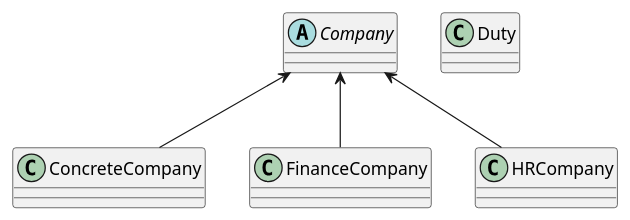
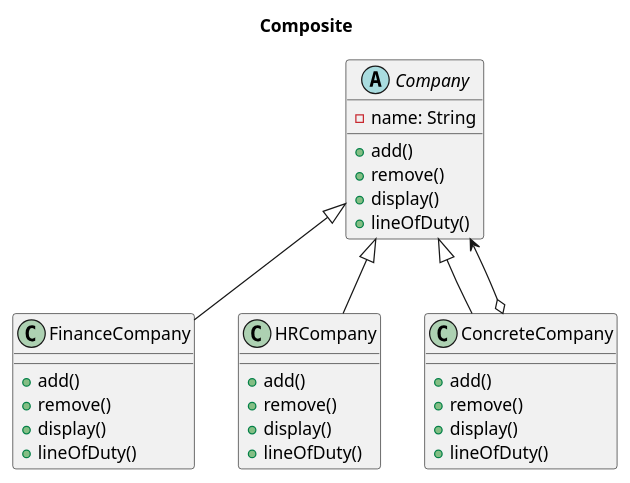
Before and after one commit to ToryZhou/design-pattern: the diagram in src/main/java/com/job/designpattern/composite/CompositeUml.puml, drawn with PlantUML. The commit also changed 1 other file, not shown here.

Commit message:
Edit composite uml

```diff
--- a/src/main/java/com/job/designpattern/composite/CompositeUml.puml
+++ b/src/main/java/com/job/designpattern/composite/CompositeUml.puml
@@ -1,14 +1,36 @@
 @startuml
 
-abstract class Company
-class ConcreteCompany
-class Duty
-class FinanceCompany
-class HRCompany
+title Composite
 
-Company <-- ConcreteCompany
-Company <-- FinanceCompany
-Company <-- HRCompany
+abstract class Company{
+    -name: String
+    +add()
+    +remove()
+    +display()
+    +lineOfDuty()
+}
+class FinanceCompany{
+    +add()
+    +remove()
+    +display()
+    +lineOfDuty()
+}
+class HRCompany{
+    +add()
+    +remove()
+    +display()
+    +lineOfDuty()
+}
+class ConcreteCompany{
+    +add()
+    +remove()
+    +display()
+    +lineOfDuty()
+}
 
+Company <|-- FinanceCompany
+Company <|-- HRCompany
+Company <|-- ConcreteCompany
 
+Company <--o ConcreteCompany
 @enduml
```
